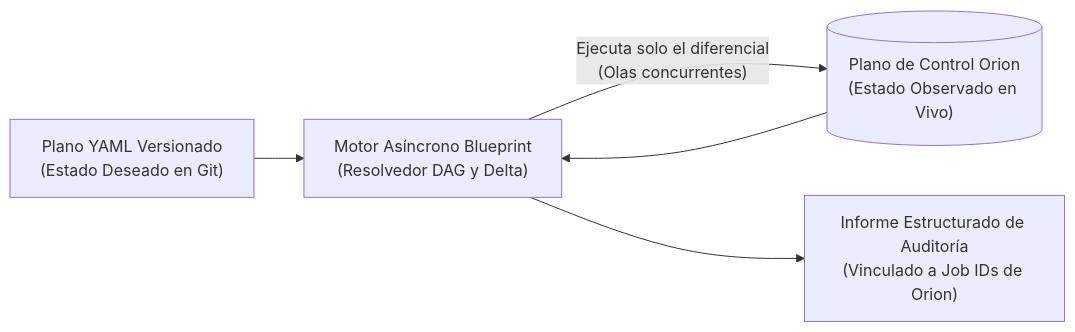
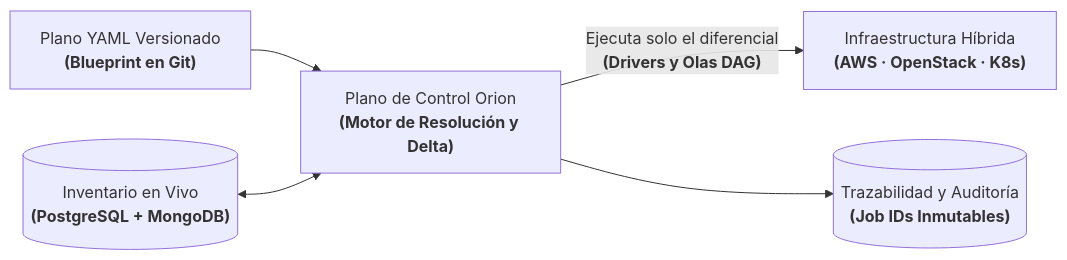
One commit to oredondo/oredondo.github.io changed the diagram in docs_es/blog/posts/2026-03-01-declarative-infrastructure-python.md. Above: the diagram before and after it, drawn with Mermaid. The commit also changed other lines of this file and 31 other files, not shown here.

First line of the commit message:
refactor(portfolio): unify architecture case studies, NextGen context, blog essays, and bilingual CV

````diff
--- a/docs_es/blog/posts/2026-03-01-declarative-infrastructure-python.md
+++ b/docs_es/blog/posts/2026-03-01-declarative-infrastructure-python.md
@@ -49,7 +49,7 @@
 ```mermaid
 flowchart LR
-    Manifest["Plano YAML Versionado<br/>(Estado Deseado en Git)"] --> Engine["Motor Asíncrono Blueprint<br/>(Resolvedor DAG y Delta)"]
-    Orion[("Plano de Control Orion<br/>(Estado Observado en Vivo)")] --> Engine
-    Engine -->|"Ejecuta solo el diferencial<br/>(Olas concurrentes)"| Orion
-    Engine --> Report["Informe Estructurado de Auditoría<br/>(Vinculado a Job IDs de Orion)"]
+    Manifest["Plano YAML Versionado<br/><b>(Blueprint en Git)</b>"] --> Orion["Plano de Control Orion<br/><b>(Motor de Resolución y Delta)</b>"]
+    Live[("Inventario en Vivo<br/><b>(PostgreSQL + MongoDB)</b>")] <--> Orion
+    Orion -->|"Ejecuta solo el diferencial<br/><b>(Drivers y Olas DAG)</b>"| Infra["Infraestructura Híbrida<br/><b>(AWS · OpenStack · K8s)</b>"]
+    Orion --> Report[("Trazabilidad y Auditoría<br/><b>(Job IDs Inmutables)</b>")]
 ```
````
